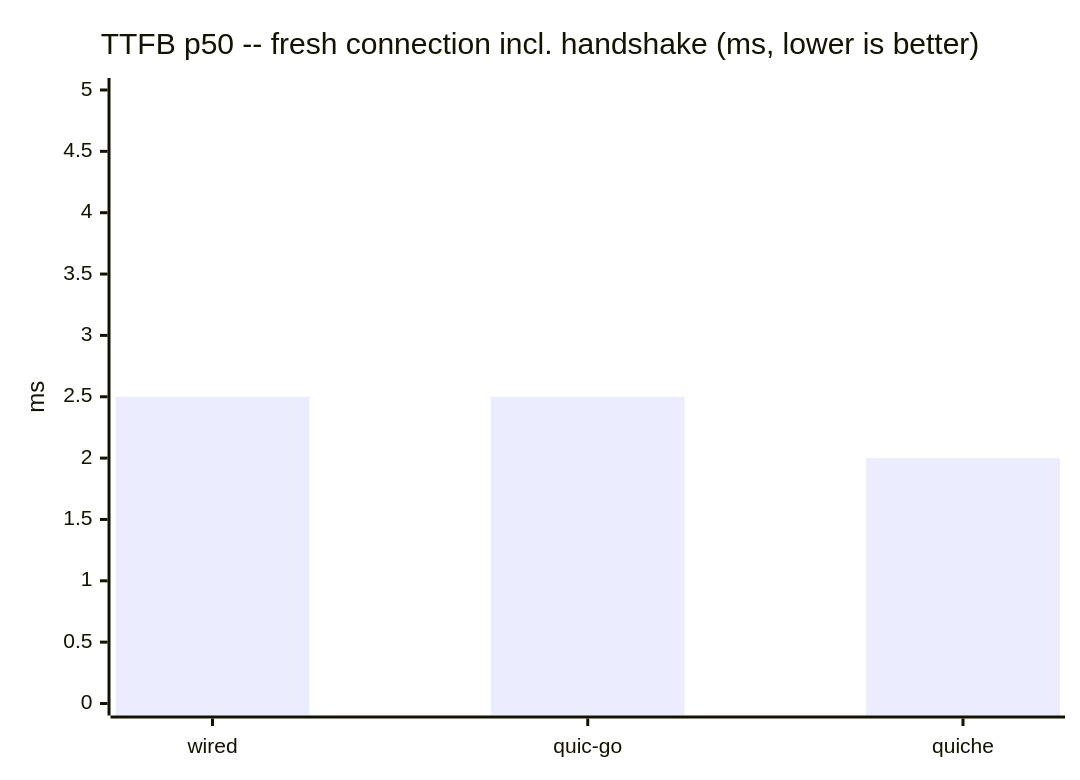
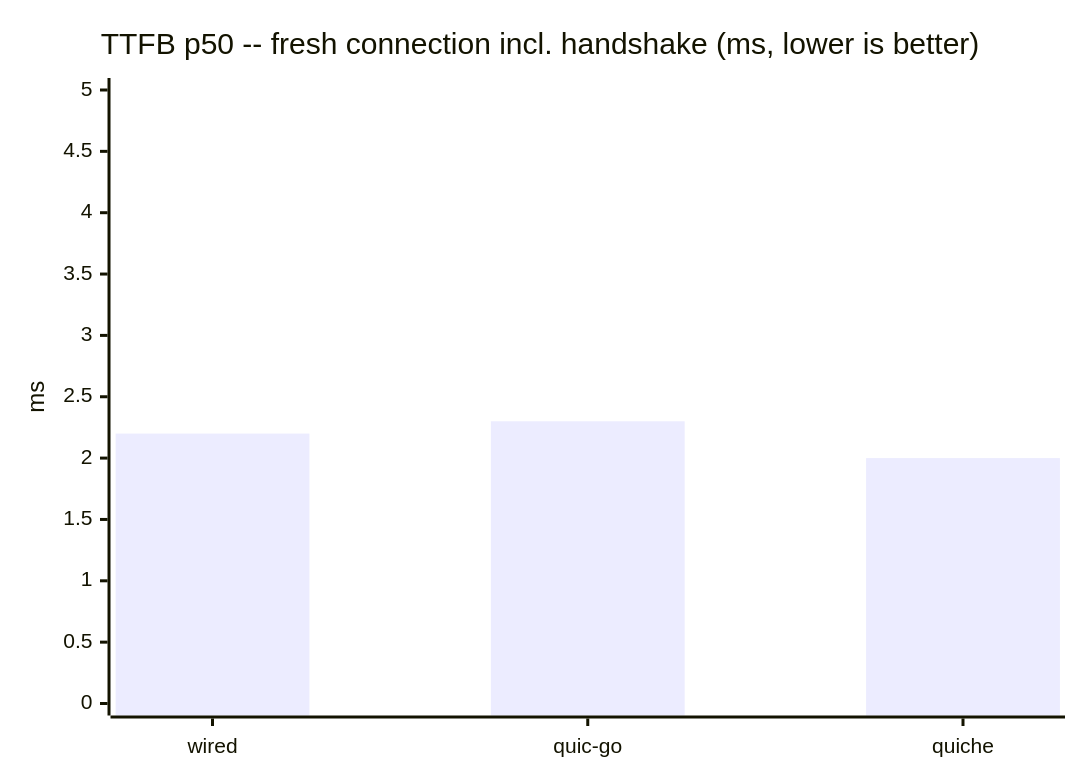
One commit to Hakkadaikon/wired changed the third of 4 diagrams in docs/comparison.md. Above: the diagram before and after it, drawn with Mermaid. The commit also changed other lines of this file, not shown here.

````diff
--- a/docs/comparison.md
+++ b/docs/comparison.md
@@ -171,7 +111,7 @@
 ```mermaid
 xychart-beta
     title "TTFB p50 -- fresh connection incl. handshake (ms, lower is better)"
     x-axis ["wired", "quic-go", "quiche"]
     y-axis "ms" 0 --> 5
-    bar [2.5, 2.5, 2.0]
+    bar [2.2, 2.3, 2.0]
 ```
````
